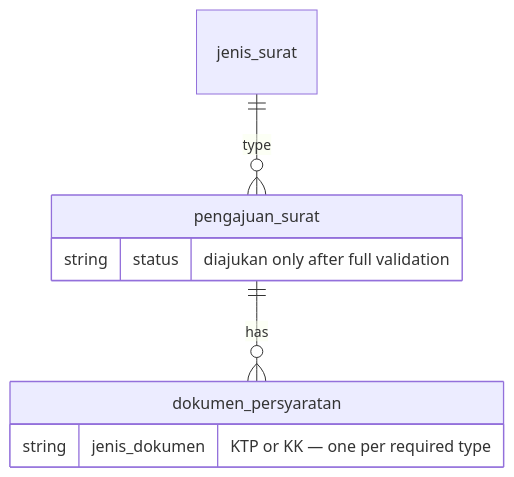
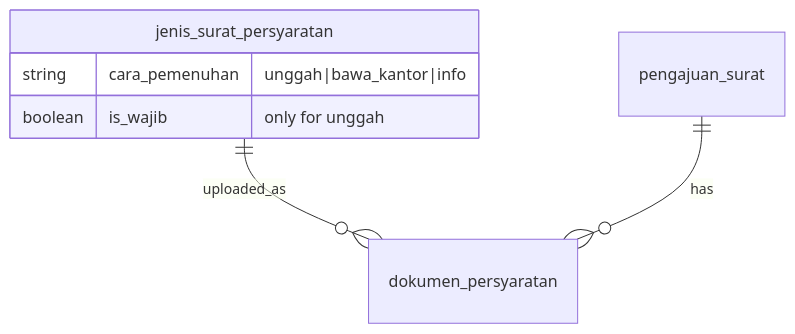
Before and after one commit to ZulfikarHD/sistem-desa: the second of 2 diagrams in docs/dev-docs/features/pengajuan-surat-kelengkapan.md, drawn with Mermaid. The commit also changed other lines of this file and 30 other files, not shown here.

First line of the commit message:
feat(pengajuan): form warga mengikuti persyaratan terstruktur (US-9.3)

````diff
--- a/docs/dev-docs/features/pengajuan-surat-kelengkapan.md
+++ b/docs/dev-docs/features/pengajuan-surat-kelengkapan.md
@@ -32,11 +27,9 @@
 ```mermaid
 erDiagram
-    jenis_surat ||--o{ pengajuan_surat : type
+    jenis_surat_persyaratan ||--o{ dokumen_persyaratan : uploaded_as
     pengajuan_surat ||--o{ dokumen_persyaratan : has
-    pengajuan_surat {
-        string status "diajukan only after full validation"
-    }
-    dokumen_persyaratan {
-        string jenis_dokumen "KTP or KK — one per required type"
+    jenis_surat_persyaratan {
+        string cara_pemenuhan "unggah|bawa_kantor|info"
+        boolean is_wajib "only for unggah"
     }
 ```
````
